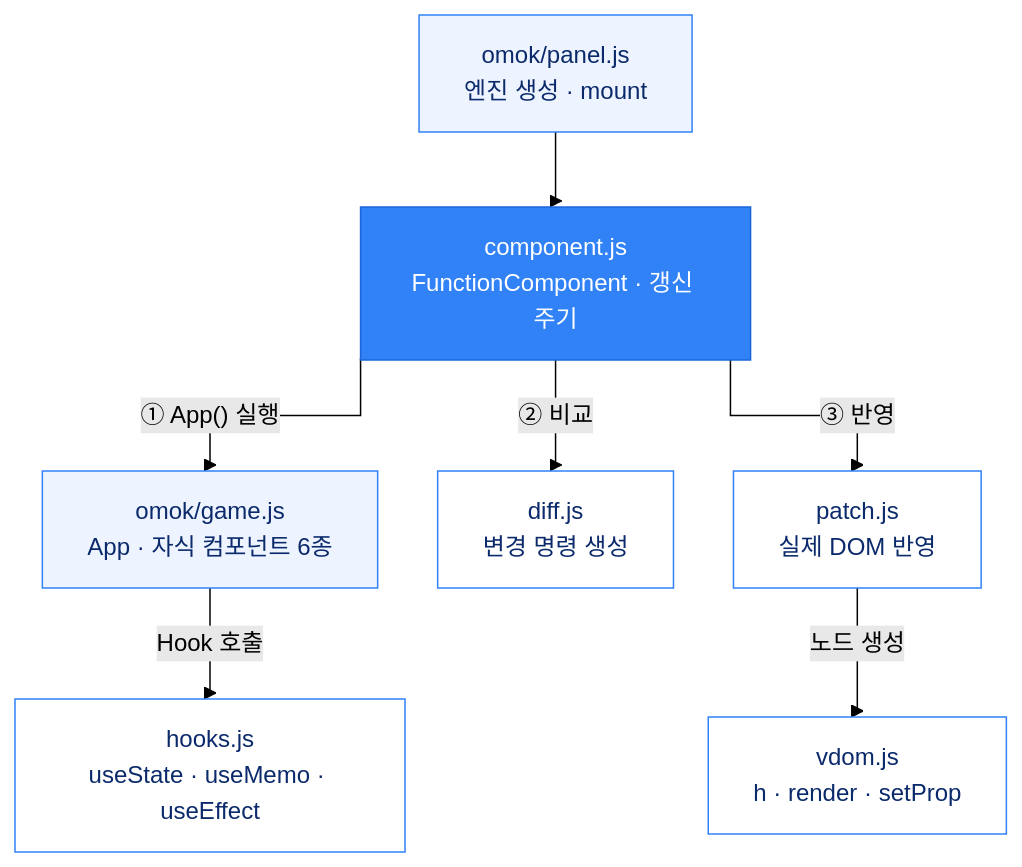
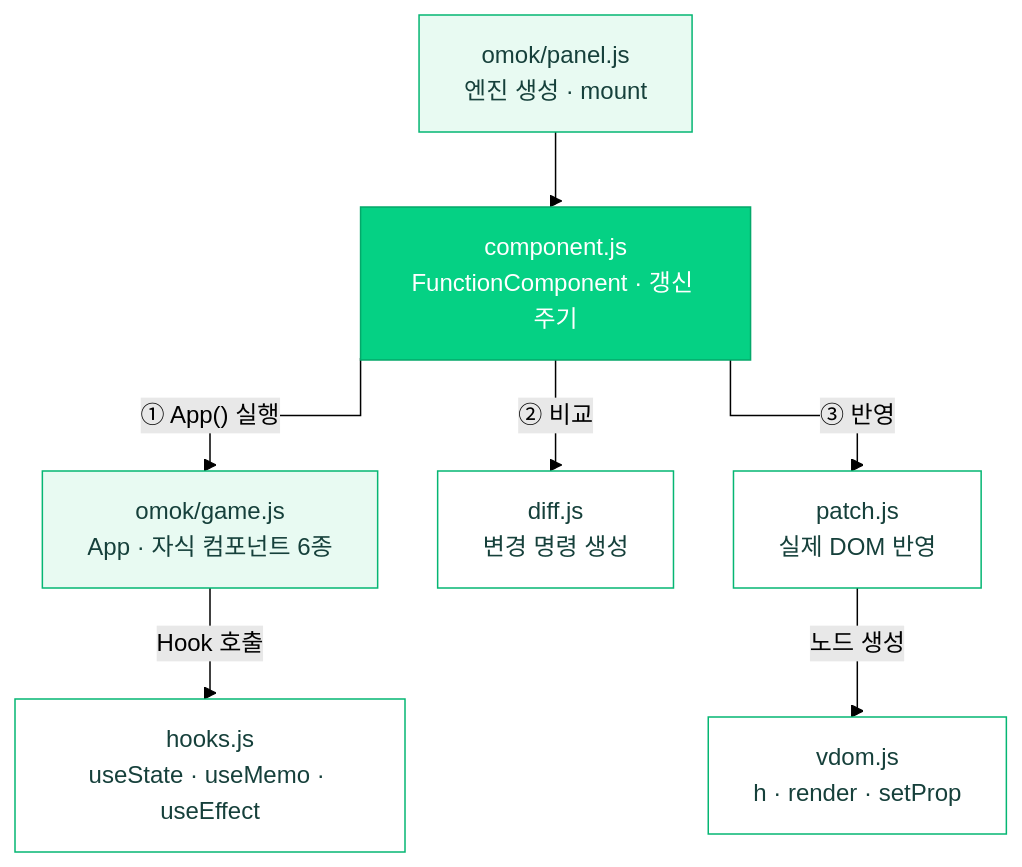
The first of 3 diagrams in README.md (Jongeume/mini-react), drawn with Mermaid (forest theme) before and after one commit. The commit also changed other lines of this file and 1 other file, not shown here.

````diff
--- a/README.md
+++ b/README.md
@@ -43,27 +43,27 @@
 ```mermaid
 %%{init: {"flowchart": {"curve": "stepBefore", "nodeSpacing": 40, "rankSpacing": 50}}}%%
 flowchart TB
   PANEL["omok/panel.js<br/>엔진 생성 · mount"]
   COMP["component.js<br/>FunctionComponent · 갱신 주기"]
 
   GAME["omok/game.js<br/>App · 자식 컴포넌트 6종"]
   DIFF["diff.js<br/>변경 명령 생성"]
   PATCH["patch.js<br/>실제 DOM 반영"]
 
   HOOKS["hooks.js<br/>useState · useMemo · useEffect"]
   VDOM["vdom.js<br/>h · render · setProp"]
 
   PANEL --> COMP
   COMP -->|"① App() 실행"| GAME
   COMP -->|"② 비교"| DIFF
   COMP -->|"③ 반영"| PATCH
   GAME -->|Hook 호출| HOOKS
   PATCH -->|노드 생성| VDOM
 
-  classDef app fill:#eef4ff,stroke:#3182f6,color:#0b2a6b
-  classDef core fill:#3182f6,stroke:#1b64da,color:#ffffff
-  classDef mod fill:#ffffff,stroke:#3182f6,color:#0b2a6b
+  classDef app fill:#e8faf2,stroke:#05b673,color:#16403b
+  classDef core fill:#05d184,stroke:#04a86a,color:#ffffff
+  classDef mod fill:#ffffff,stroke:#05b673,color:#16403b
   class PANEL,GAME app
   class COMP core
   class HOOKS,DIFF,PATCH,VDOM mod
 ```
````
